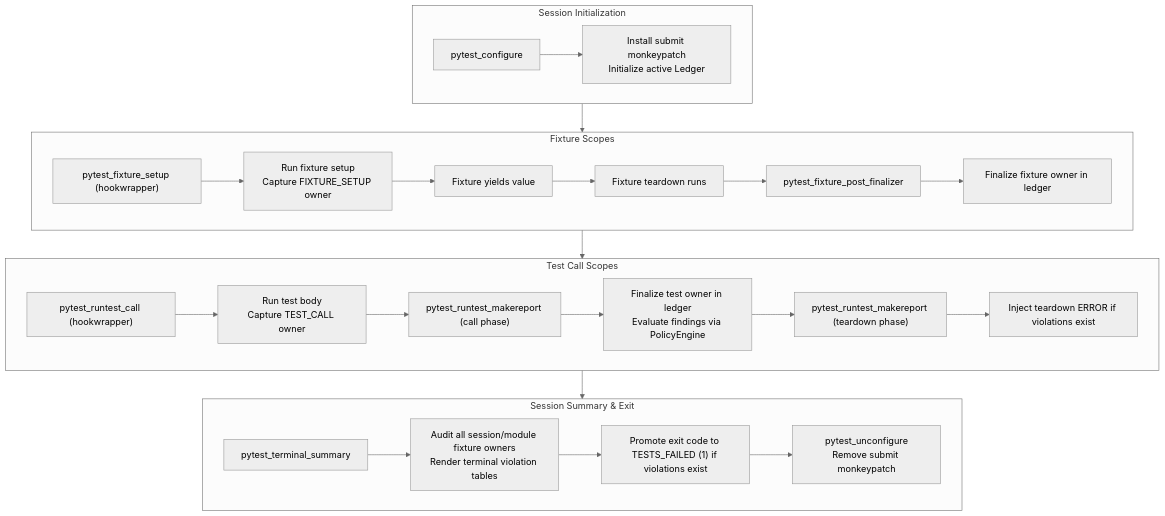
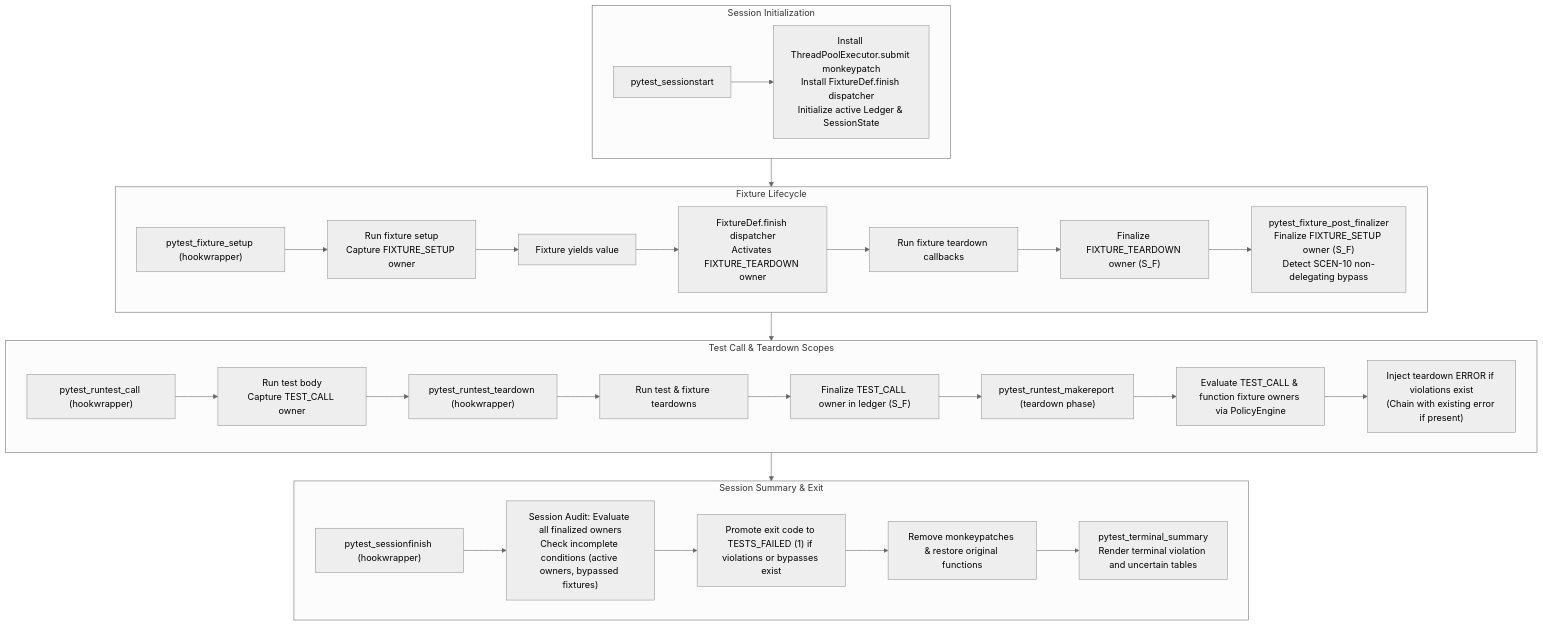
The diagram in docs/architecture/reporting.md (bitbyrizbit/pytest-state-guard), drawn with Mermaid (neutral theme) before and after one commit. The commit also changed other lines of this file and 8 other files, not shown here.

Commit message:
aligned fixture teardown documentation and corrected session state type annotation

````diff
--- a/docs/architecture/reporting.md
+++ b/docs/architecture/reporting.md
@@ -11,32 +11,36 @@
 ```mermaid
 flowchart TD
     subgraph SessionStart["Session Initialization"]
-        PC["pytest_configure"] --> IP["Install submit monkeypatch<br>Initialize active Ledger"]
+        PS["pytest_sessionstart"] --> IP["Install ThreadPoolExecutor.submit monkeypatch<br>Install FixtureDef.finish dispatcher<br>Initialize active Ledger & SessionState"]
     end
 
-    subgraph FixtureLifecycle["Fixture Scopes"]
+    subgraph FixtureLifecycle["Fixture Lifecycle"]
         PFS["pytest_fixture_setup (hookwrapper)"] --> F_Run["Run fixture setup<br>Capture FIXTURE_SETUP owner"]
         F_Run --> F_Yield["Fixture yields value"]
-        F_Yield --> F_Tear["Fixture teardown runs"]
-        F_Tear --> PFPF["pytest_fixture_post_finalizer"]
-        PFPF --> F_Fin["Finalize fixture owner in ledger"]
+        F_Yield --> F_Disp["FixtureDef.finish dispatcher<br>Activates FIXTURE_TEARDOWN owner"]
+        F_Disp --> F_Tear["Run fixture teardown callbacks"]
+        F_Tear --> F_FinTear["Finalize FIXTURE_TEARDOWN owner (S_F)"]
+        F_FinTear --> PFPF["pytest_fixture_post_finalizer<br>Finalize FIXTURE_SETUP owner (S_F)<br>Detect SCEN-10 non-delegating bypass"]
     end
 
-    subgraph TestLifecycle["Test Call Scopes"]
+    subgraph TestLifecycle["Test Call & Teardown Scopes"]
         PRC["pytest_runtest_call (hookwrapper)"] --> T_Run["Run test body<br>Capture TEST_CALL owner"]
-        T_Run --> PRM_Call["pytest_runtest_makereport (call phase)"]
-        PRM_Call --> T_Fin["Finalize test owner in ledger<br>Evaluate findings via PolicyEngine"]
+        T_Run --> PRT["pytest_runtest_teardown (hookwrapper)"]
+        PRT --> T_Tear["Run test & fixture teardowns"]
+        T_Tear --> T_Fin["Finalize TEST_CALL owner in ledger (S_F)"]
         T_Fin --> PRM_Tear["pytest_runtest_makereport (teardown phase)"]
-        PRM_Tear --> T_Report["Inject teardown ERROR if violations exist"]
+        PRM_Tear --> T_Eval["Evaluate TEST_CALL & function fixture owners via PolicyEngine"]
+        T_Eval --> T_Report["Inject teardown ERROR if violations exist<br>(Chain with existing error if present)"]
     end
 
     subgraph SessionEnd["Session Summary & Exit"]
-        PTS["pytest_terminal_summary"] --> S_Audit["Audit all session/module fixture owners<br>Render terminal violation tables"]
-        S_Audit --> S_Exit["Promote exit code to TESTS_FAILED (1) if violations exist"]
-        S_Exit --> PU["pytest_unconfigure<br>Remove submit monkeypatch"]
+        PSF["pytest_sessionfinish (hookwrapper)"] --> S_Audit["Session Audit: Evaluate all finalized owners<br>Check incomplete conditions (active owners, bypassed fixtures)"]
+        S_Audit --> S_Exit["Promote exit code to TESTS_FAILED (1) if violations or bypasses exist"]
+        S_Exit --> PU["Remove monkeypatches & restore original functions"]
+        PU --> PTS["pytest_terminal_summary<br>Render terminal violation and uncertain tables"]
     end
 
     SessionStart --> FixtureLifecycle
     FixtureLifecycle --> TestLifecycle
     TestLifecycle --> SessionEnd
 ```
````
